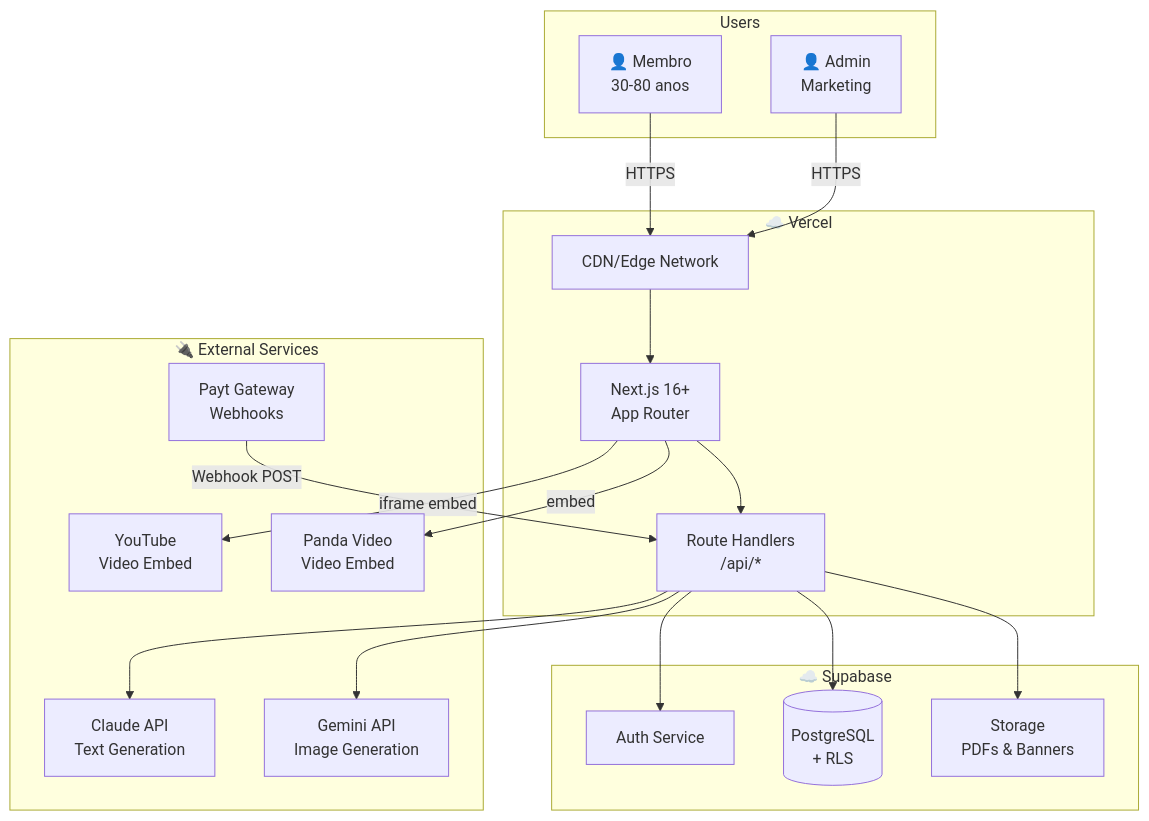
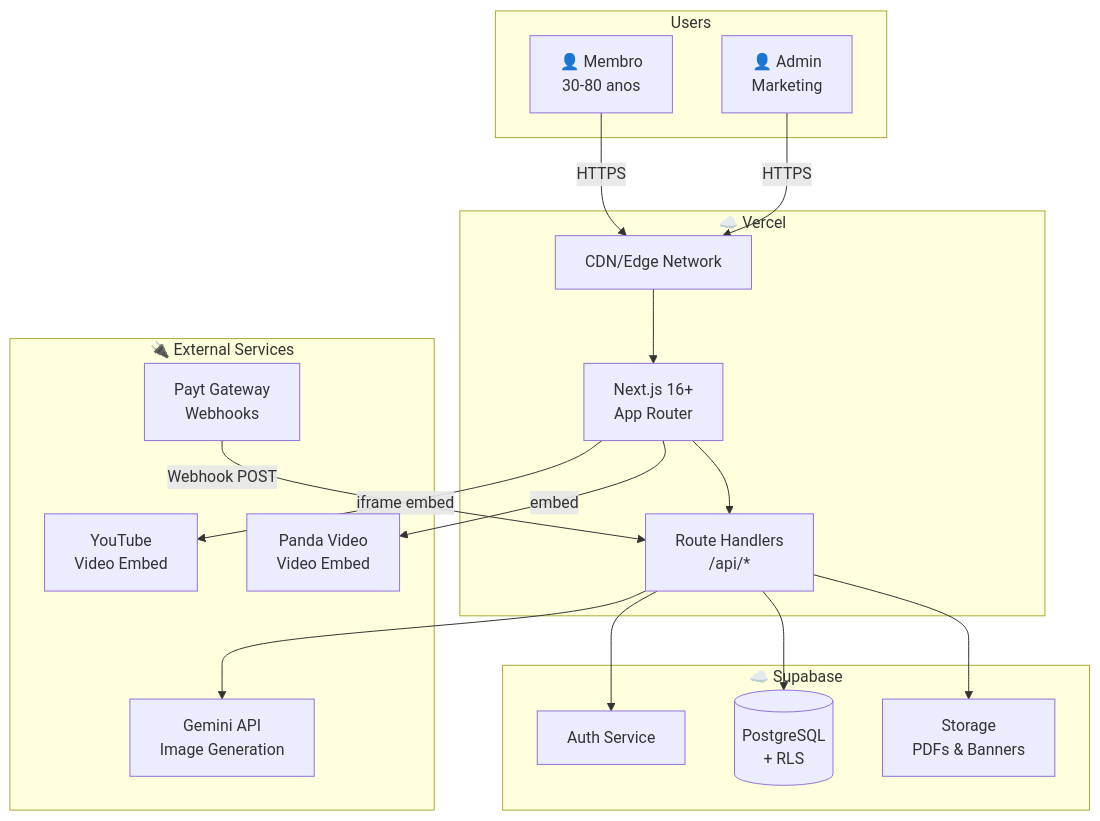
One commit to joaopedromei-prog/Memberly changed the first of 7 diagrams in docs/architecture.md. Above: the diagram before and after it, drawn with Mermaid. The commit also changed other lines of this file and 67 other files, not shown here.

````diff
--- a/docs/architecture.md
+++ b/docs/architecture.md
@@ -55,40 +54,38 @@
 ```mermaid
 graph TB
     subgraph Users
         Member[👤 Membro<br/>30-80 anos]
         Admin[👤 Admin<br/>Marketing]
     end
 
     subgraph Vercel["☁️ Vercel"]
         CDN[CDN/Edge Network]
         NextJS["Next.js 16+<br/>App Router"]
         API["Route Handlers<br/>/api/*"]
     end
 
     subgraph Supabase["☁️ Supabase"]
         Auth[Auth Service]
         DB[(PostgreSQL<br/>+ RLS)]
         Storage[Storage<br/>PDFs & Banners]
     end
 
     subgraph External["🔌 External Services"]
         Payt[Payt Gateway<br/>Webhooks]
         YouTube[YouTube<br/>Video Embed]
         PandaVideo[Panda Video<br/>Video Embed]
-        Claude[Claude API<br/>Text Generation]
         Gemini[Gemini API<br/>Image Generation]
     end
 
     Member -->|HTTPS| CDN
     Admin -->|HTTPS| CDN
     CDN --> NextJS
     NextJS --> API
     API --> Auth
     API --> DB
     API --> Storage
-    API --> Claude
     API --> Gemini
     Payt -->|Webhook POST| API
     NextJS -->|iframe embed| YouTube
     NextJS -->|embed| PandaVideo
 ```
````
